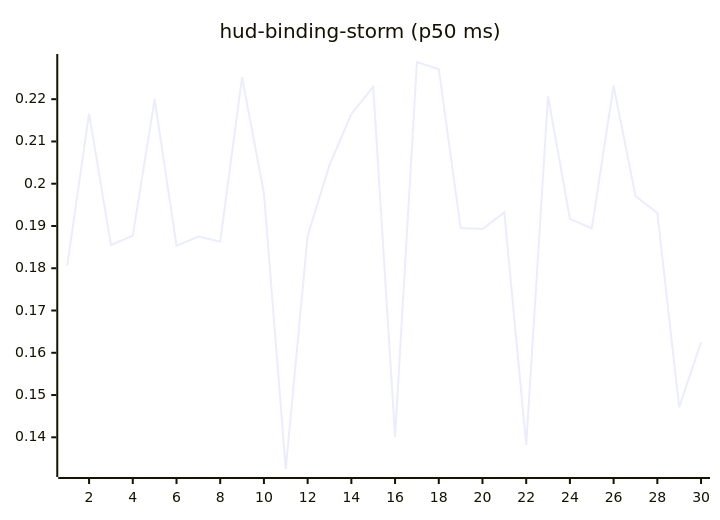
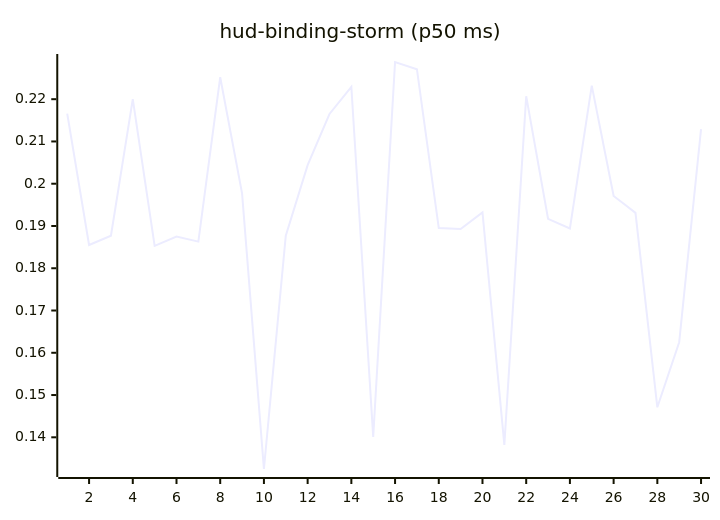
Before and after one commit to josha/Facet: the tenth of 27 diagrams in README.md, drawn with Mermaid. The commit also changed other lines of this file and 2 other files, not shown here.

````diff
--- a/README.md
+++ b/README.md
@@ -126,6 +126,6 @@
 ```mermaid
 xychart-beta
     title "hud-binding-storm (p50 ms)"
     x-axis 1 --> 30
-    line [0.1806, 0.2166, 0.1855, 0.1877, 0.2200, 0.1853, 0.1875, 0.1863, 0.2252, 0.1977, 0.1325, 0.1877, 0.2044, 0.2165, 0.2229, 0.1401, 0.2288, 0.2271, 0.1895, 0.1893, 0.1932, 0.1382, 0.2207, 0.1917, 0.1894, 0.2232, 0.1971, 0.1931, 0.1471, 0.1625]
+    line [0.2166, 0.1855, 0.1877, 0.2200, 0.1853, 0.1875, 0.1863, 0.2252, 0.1977, 0.1325, 0.1877, 0.2044, 0.2165, 0.2229, 0.1401, 0.2288, 0.2271, 0.1895, 0.1893, 0.1932, 0.1382, 0.2207, 0.1917, 0.1894, 0.2232, 0.1971, 0.1931, 0.1471, 0.1625, 0.2129]
 ```
````
